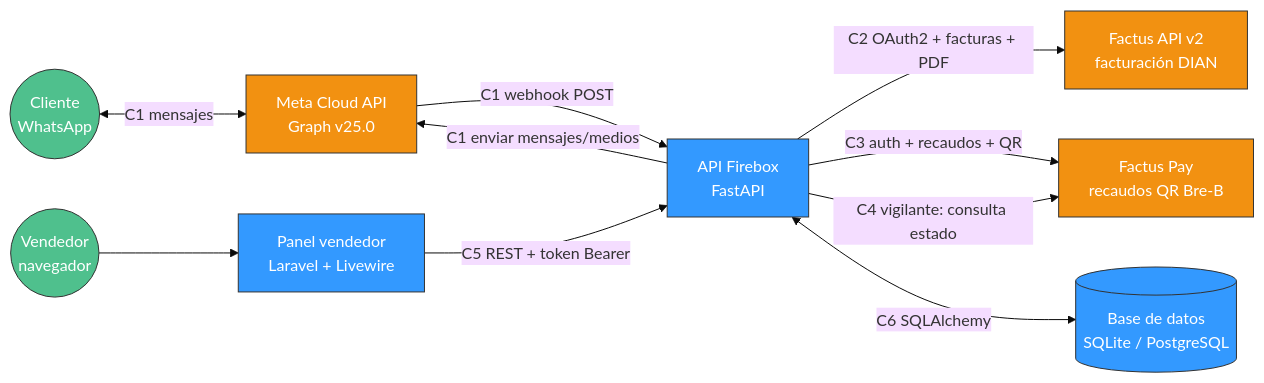
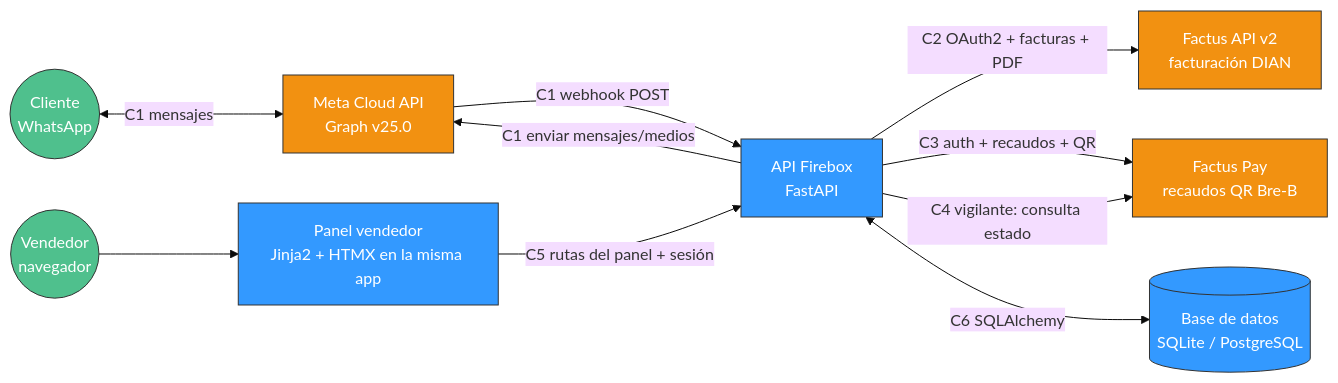
Before and after one commit to ferdinando04/api-wars: the first of 4 diagrams in docs/documentacion/07_Integraciones_Conexiones.md, drawn with Mermaid (base theme). The commit also changed other lines of this file and 6 other files, not shown here.

First line of the commit message:
docs: el panel del vendedor se hace en Python dentro de la misma API (Jinja2 + HTMX); se descarta Laravel

````diff
--- a/docs/documentacion/07_Integraciones_Conexiones.md
+++ b/docs/documentacion/07_Integraciones_Conexiones.md
@@ -20,25 +20,25 @@
 ```mermaid
 graph LR
     classDef ext fill:#f29111,stroke:#333,color:#fff;
     classDef own fill:#3399ff,stroke:#333,color:#fff;
     classDef usr fill:#4fc08d,stroke:#333,color:#fff;
 
     Cliente((Cliente<br/>WhatsApp)):::usr
     Vendedor((Vendedor<br/>navegador)):::usr
     Meta[Meta Cloud API<br/>Graph v25.0]:::ext
     API[API Firebox<br/>FastAPI]:::own
-    Panel[Panel vendedor<br/>Laravel + Livewire]:::own
+    Panel[Panel vendedor<br/>Jinja2 + HTMX en la misma app]:::own
     DB[(Base de datos<br/>SQLite / PostgreSQL)]:::own
     Factus[Factus API v2<br/>facturación DIAN]:::ext
     Pay[Factus Pay<br/>recaudos QR Bre-B]:::ext
 
     Cliente <-->|C1 mensajes| Meta
     Meta -->|C1 webhook POST| API
     API -->|C1 enviar mensajes/medios| Meta
     API -->|C2 OAuth2 + facturas + PDF| Factus
     API -->|C3 auth + recaudos + QR| Pay
     API -->|C4 vigilante: consulta estado| Pay
     Vendedor --> Panel
-    Panel -->|C5 REST + token Bearer| API
+    Panel -->|C5 rutas del panel + sesión| API
     API <-->|C6 SQLAlchemy| DB
 ```
````
